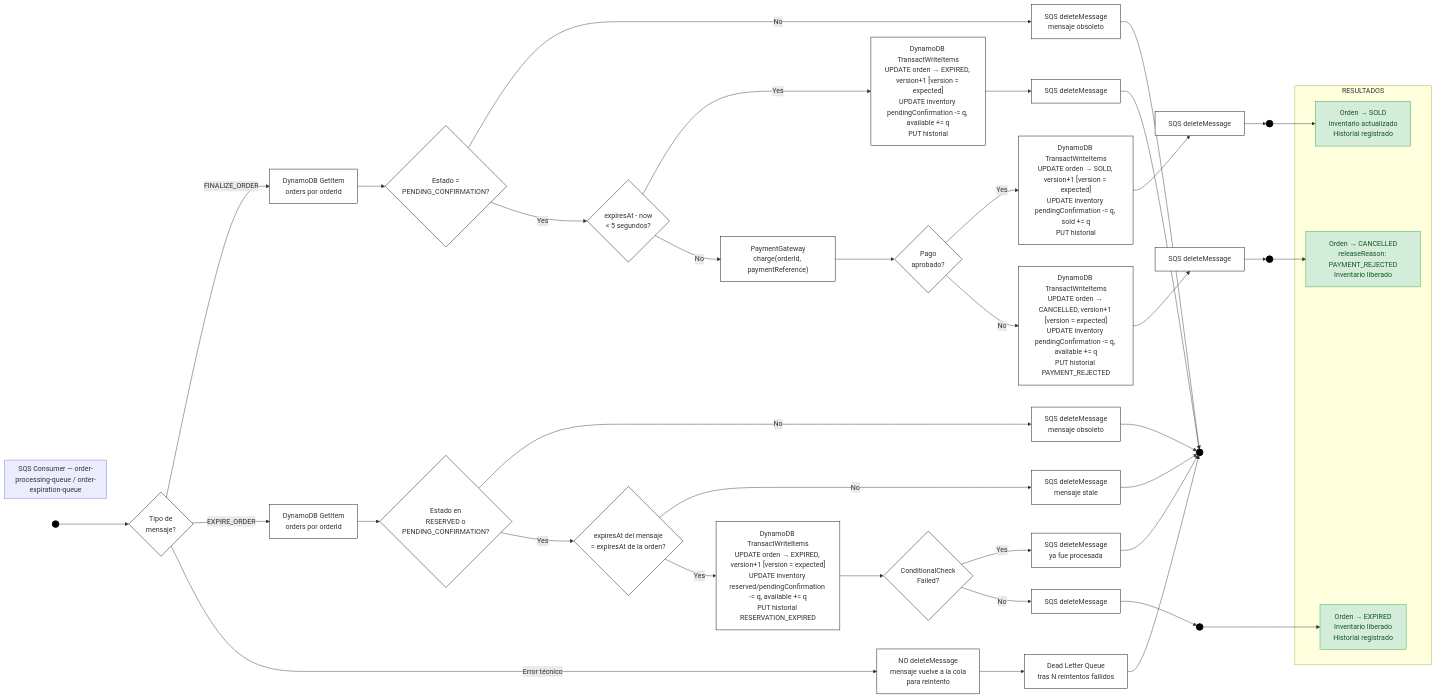
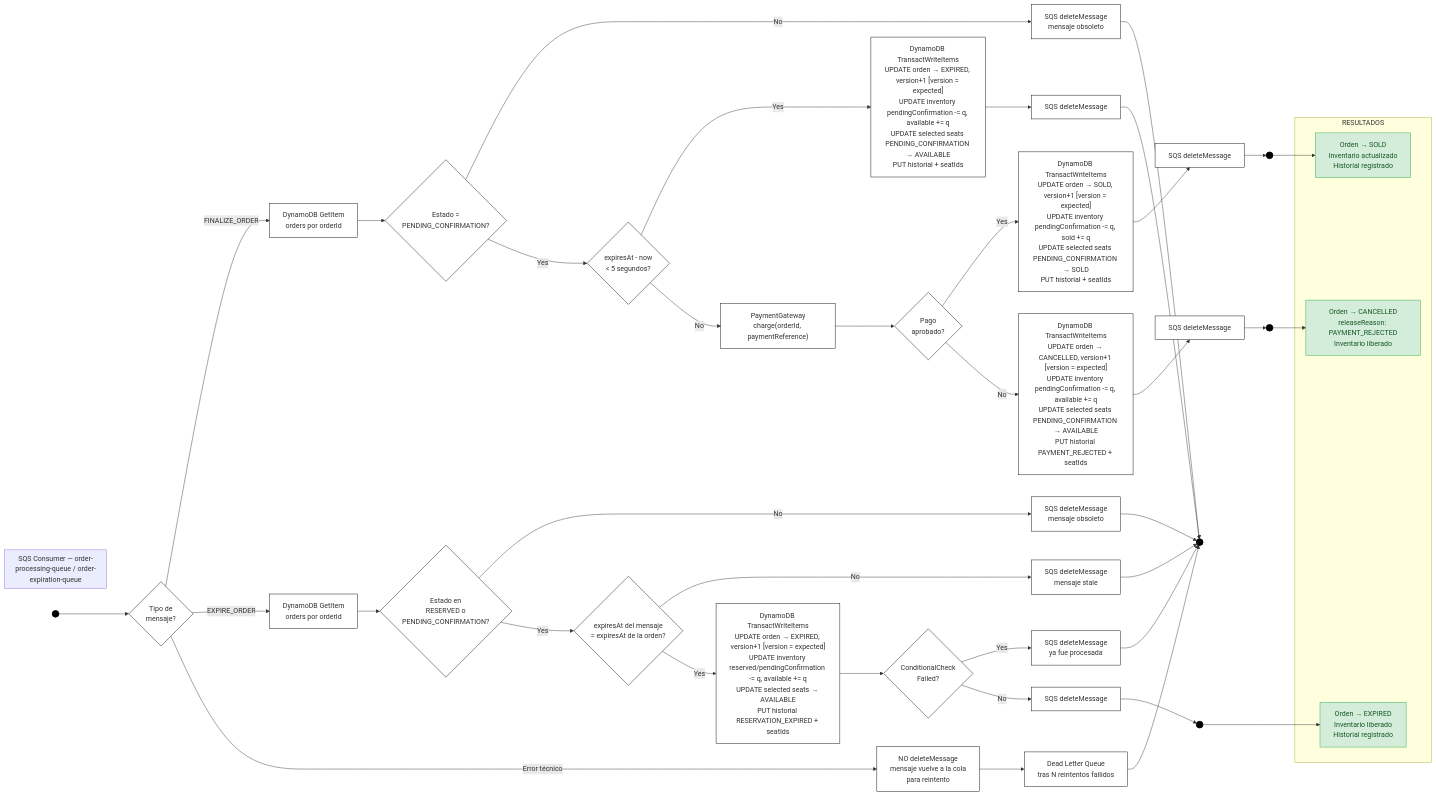
One commit to EstebanRCarmona/ticketing-Nequi changed the diagram in docs/diagramas-flujo/mermaid/10-sqs-consumer.md. Above: the diagram before and after it, drawn with Mermaid. The commit also changed 29 other files, not shown here.

Commit message:
docs: update ticketing flows and architecture

````diff
--- a/docs/diagramas-flujo/mermaid/10-sqs-consumer.md
+++ b/docs/diagramas-flujo/mermaid/10-sqs-consumer.md
@@ -1,74 +1,74 @@
 ```mermaid
 graph LR
     classDef start_end fill:#000,stroke:#000,color:#fff,stroke-width:2px;
     classDef process fill:#fff,stroke:#000,stroke-width:1px;
     classDef decision fill:#fff,stroke:#000,stroke-width:1px;
     classDef success fill:#d4edda,stroke:#28a745,stroke-width:1px,color:#155724;
     classDef error fill:#f8d7da,stroke:#dc3545,stroke-width:1px,color:#721c24;
 
     subgraph Header ["SQS Consumer — order-processing-queue / order-expiration-queue"]
         direction LR
     end
 
     Start(( )) --> TipoMensaje{Tipo de<br/>mensaje?}
 
     %% ── PROCESSING QUEUE ──
     TipoMensaje -- FINALIZE_ORDER --> BuscarOrdenP["DynamoDB GetItem<br/>orders por orderId"]
     BuscarOrdenP --> EstadoPending{Estado =<br/>PENDING_CONFIRMATION?}
     EstadoPending -- No --> DeleteMsgP["SQS deleteMessage<br/>mensaje obsoleto"]
     DeleteMsgP --> EndNode(( ))
 
     EstadoPending -- Yes --> CercaExpiracion{expiresAt - now<br/>< 5 segundos?}
 
-    CercaExpiracion -- Yes --> ExpiracionPago["DynamoDB TransactWriteItems<br/>UPDATE orden → EXPIRED, version+1 [version = expected]<br/>UPDATE inventory pendingConfirmation -= q, available += q<br/>PUT historial"]
+    CercaExpiracion -- Yes --> ExpiracionPago["DynamoDB TransactWriteItems<br/>UPDATE orden → EXPIRED, version+1 [version = expected]<br/>UPDATE inventory pendingConfirmation -= q, available += q<br/>UPDATE selected seats PENDING_CONFIRMATION → AVAILABLE<br/>PUT historial + seatIds"]
     ExpiracionPago --> DeleteMsgP2["SQS deleteMessage"]
     DeleteMsgP2 --> EndNode
 
     CercaExpiracion -- No --> CobrarPago["PaymentGateway<br/>charge(orderId, paymentReference)"]
 
     CobrarPago --> PagoAprobado{Pago<br/>aprobado?}
 
-    PagoAprobado -- Yes --> FinalizarVenta["DynamoDB TransactWriteItems<br/>UPDATE orden → SOLD, version+1 [version = expected]<br/>UPDATE inventory pendingConfirmation -= q, sold += q<br/>PUT historial"]
+    PagoAprobado -- Yes --> FinalizarVenta["DynamoDB TransactWriteItems<br/>UPDATE orden → SOLD, version+1 [version = expected]<br/>UPDATE inventory pendingConfirmation -= q, sold += q<br/>UPDATE selected seats PENDING_CONFIRMATION → SOLD<br/>PUT historial + seatIds"]
     FinalizarVenta --> DeleteMsgP3["SQS deleteMessage"]
     DeleteMsgP3 --> SuccessVenta(( ))
     SuccessVenta --> R_SOLD["Orden → SOLD<br/>Inventario actualizado<br/>Historial registrado"]
 
-    PagoAprobado -- No --> RechazarPago["DynamoDB TransactWriteItems<br/>UPDATE orden → CANCELLED, version+1 [version = expected]<br/>UPDATE inventory pendingConfirmation -= q, available += q<br/>PUT historial PAYMENT_REJECTED"]
+    PagoAprobado -- No --> RechazarPago["DynamoDB TransactWriteItems<br/>UPDATE orden → CANCELLED, version+1 [version = expected]<br/>UPDATE inventory pendingConfirmation -= q, available += q<br/>UPDATE selected seats PENDING_CONFIRMATION → AVAILABLE<br/>PUT historial PAYMENT_REJECTED + seatIds"]
     RechazarPago --> DeleteMsgP4["SQS deleteMessage"]
     DeleteMsgP4 --> SuccessCancelled(( ))
     SuccessCancelled --> R_CANCELLED["Orden → CANCELLED<br/>releaseReason: PAYMENT_REJECTED<br/>Inventario liberado"]
 
     %% ── EXPIRATION QUEUE ──
     TipoMensaje -- EXPIRE_ORDER --> BuscarOrdenE["DynamoDB GetItem<br/>orders por orderId"]
     BuscarOrdenE --> EstadoExpirable{Estado en<br/>RESERVED o<br/>PENDING_CONFIRMATION?}
     EstadoExpirable -- No --> DeleteMsgE["SQS deleteMessage<br/>mensaje obsoleto"]
     DeleteMsgE --> EndNode
 
     EstadoExpirable -- Yes --> ValidaDeadline{expiresAt del mensaje<br/>= expiresAt de la orden?}
     ValidaDeadline -- No --> DeleteMsgE2["SQS deleteMessage<br/>mensaje stale"]
     DeleteMsgE2 --> EndNode
 
-    ValidaDeadline -- Yes --> ExpirarOrden["DynamoDB TransactWriteItems<br/>UPDATE orden → EXPIRED, version+1 [version = expected]<br/>UPDATE inventory reserved/pendingConfirmation -= q, available += q<br/>PUT historial RESERVATION_EXPIRED"]
+    ValidaDeadline -- Yes --> ExpirarOrden["DynamoDB TransactWriteItems<br/>UPDATE orden → EXPIRED, version+1 [version = expected]<br/>UPDATE inventory reserved/pendingConfirmation -= q, available += q<br/>UPDATE selected seats → AVAILABLE<br/>PUT historial RESERVATION_EXPIRED + seatIds"]
     ExpirarOrden --> ConflictoExp{ConditionalCheck<br/>Failed?}
     ConflictoExp -- Yes --> DeleteMsgE3["SQS deleteMessage<br/>ya fue procesada"]
     DeleteMsgE3 --> EndNode
     ConflictoExp -- No --> DeleteMsgE4["SQS deleteMessage"]
     DeleteMsgE4 --> SuccessExpired(( ))
     SuccessExpired --> R_EXPIRED["Orden → EXPIRED<br/>Inventario liberado<br/>Historial registrado"]
 
     %% ── ERROR PATH ──
     TipoMensaje -- Error técnico --> NoDelete["NO deleteMessage<br/>mensaje vuelve a la cola<br/>para reintento"]
     NoDelete --> DLQ["Dead Letter Queue<br/>tras N reintentos fallidos"]
     DLQ --> EndNode
 
     subgraph OUTCOMES ["RESULTADOS"]
         R_SOLD
         R_CANCELLED
         R_EXPIRED
     end
 
     class Start,SuccessVenta,SuccessCancelled,SuccessExpired,EndNode start_end;
     class BuscarOrdenP,BuscarOrdenE,CobrarPago,FinalizarVenta,RechazarPago,ExpiracionPago,ExpirarOrden,DeleteMsgP,DeleteMsgP2,DeleteMsgP3,DeleteMsgP4,DeleteMsgE,DeleteMsgE2,DeleteMsgE3,DeleteMsgE4,NoDelete,DLQ process;
     class TipoMensaje,EstadoPending,CercaExpiracion,PagoAprobado,EstadoExpirable,ValidaDeadline,ConflictoExp decision;
     class R_SOLD,R_CANCELLED,R_EXPIRED success;
 ```
````
